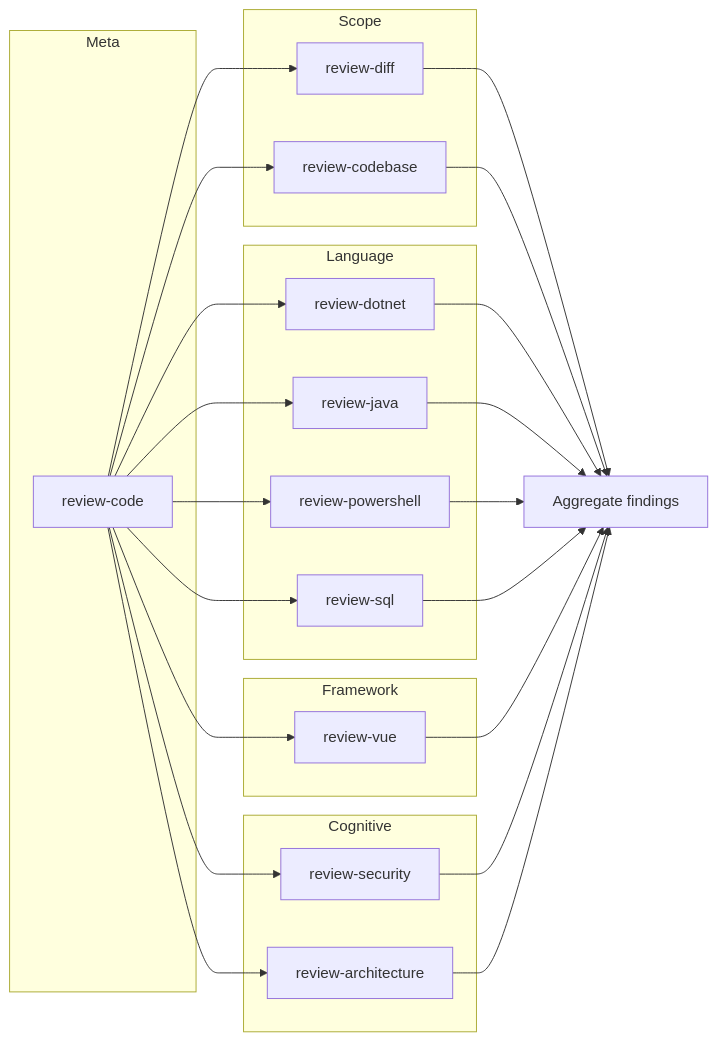
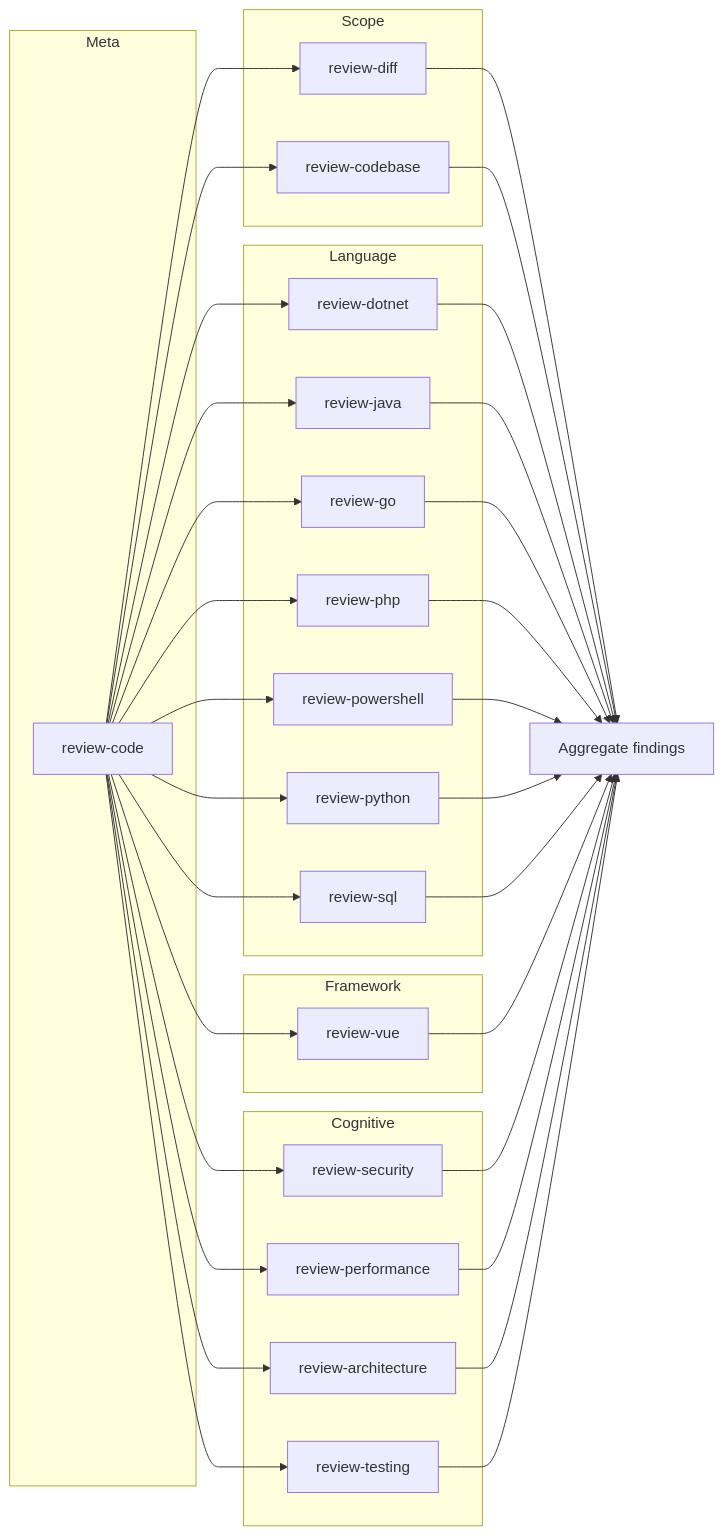
Before and after one commit to nesnilnehc/ai-cortex: the diagram in skills/skillgraph.md, drawn with Mermaid. The commit also changed other lines of this file and 6 other files, not shown here.

First line of the commit message:
feat(skills): add review-testing cognitive skill

````diff
--- a/skills/skillgraph.md
+++ b/skills/skillgraph.md
@@ -38,41 +38,56 @@
 ```mermaid
 flowchart LR
   subgraph meta [Meta]
     review_code[review-code]
   end
   subgraph scope [Scope]
     review_diff[review-diff]
     review_codebase[review-codebase]
   end
   subgraph lang [Language]
     review_dotnet[review-dotnet]
     review_java[review-java]
+    review_go[review-go]
+    review_php[review-php]
     review_powershell[review-powershell]
+    review_python[review-python]
     review_sql[review-sql]
   end
   subgraph fw [Framework]
     review_vue[review-vue]
   end
   subgraph cognitive [Cognitive]
     review_security[review-security]
+    review_perf[review-performance]
     review_arch[review-architecture]
+    review_testing[review-testing]
   end
   review_code --> review_diff
   review_code --> review_codebase
   review_code --> review_dotnet
   review_code --> review_java
+  review_code --> review_go
+  review_code --> review_php
   review_code --> review_powershell
+  review_code --> review_python
   review_code --> review_sql
   review_code --> review_vue
   review_code --> review_security
+  review_code --> review_perf
   review_code --> review_arch
+  review_code --> review_testing
   review_diff --> aggregate[Aggregate findings]
   review_codebase --> aggregate
   review_dotnet --> aggregate
   review_java --> aggregate
+  review_go --> aggregate
+  review_php --> aggregate
   review_powershell --> aggregate
+  review_python --> aggregate
   review_sql --> aggregate
   review_vue --> aggregate
   review_security --> aggregate
+  review_perf --> aggregate
   review_arch --> aggregate
+  review_testing --> aggregate
 ```
````
